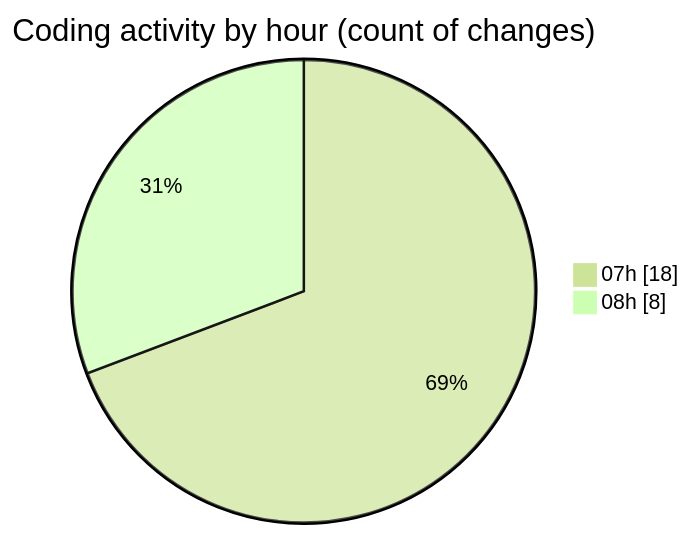
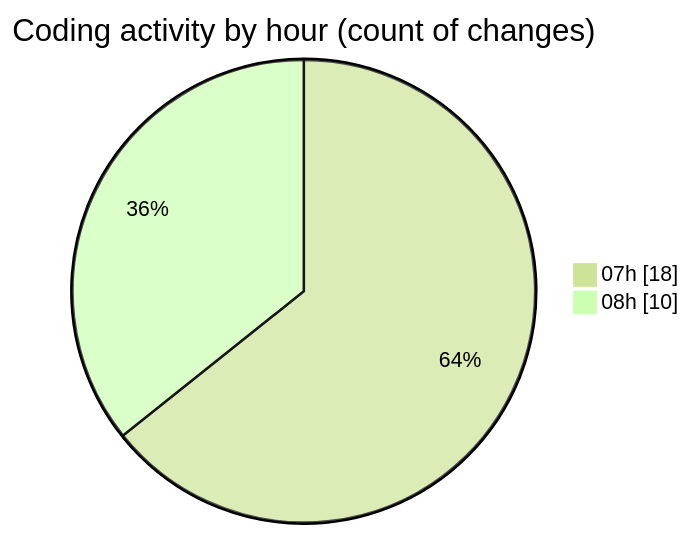
Before and after one commit to momahboobian/code-tracking: the second of 2 diagrams in 2026-08-21/cda/README.md, drawn with Mermaid (forest theme). The commit also changed other lines of this file and 1 other file, not shown here.

````diff
--- a/2026-08-21/cda/README.md
+++ b/2026-08-21/cda/README.md
@@ -41,6 +41,6 @@
 ```mermaid
 pie showData
 title Coding activity by hour (count of changes)
 "07h" : 18
-"08h" : 8
+"08h" : 10
 ```
````
